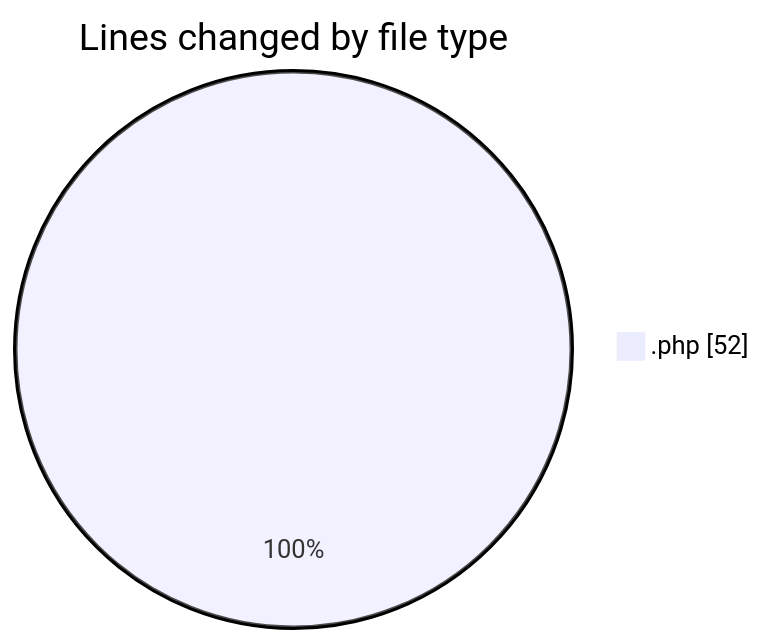
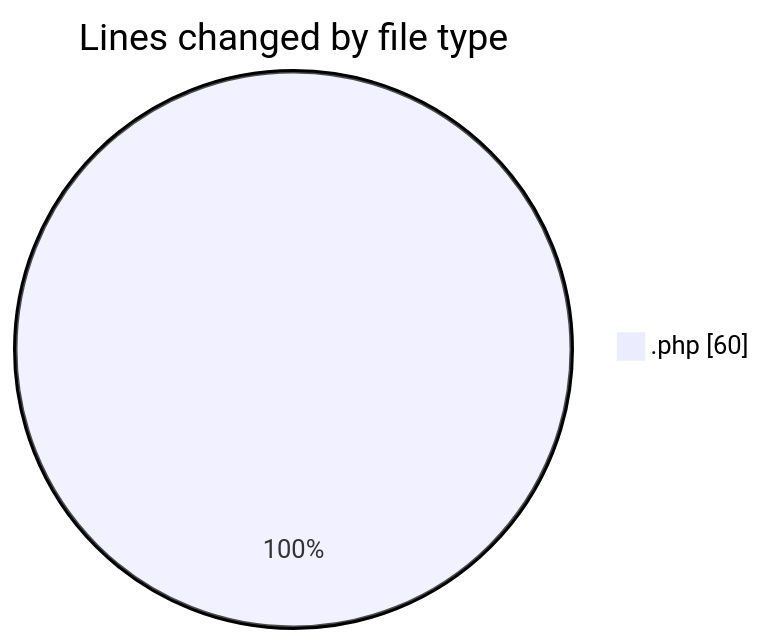
The first of 2 diagrams in 2025-03-29/autodidak/README.md (idhammustaqopulfikri/code-tracking), drawn with Mermaid before and after one commit. The commit also changed other lines of this file and 1 other file, not shown here.

````diff
--- a/2025-03-29/autodidak/README.md
+++ b/2025-03-29/autodidak/README.md
@@ -20,5 +20,5 @@
 ```mermaid
 pie showData
 title Lines changed by file type
-".php" : 52
+".php" : 60
 ```
````
